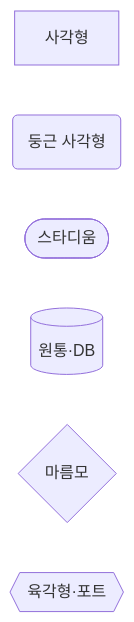
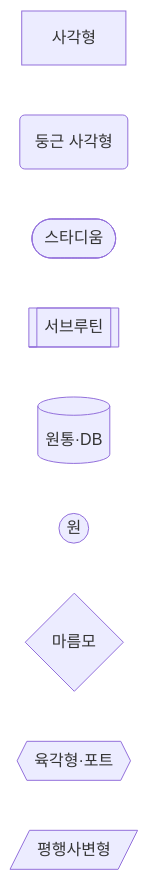
One commit to hirecore/hirecore-member-server changed diagram 11 of 12 in docs/diagram/MERMAID_CONCEPT.md. Above: the diagram before and after it, drawn with Mermaid. The commit also changed other lines of this file, not shown here.

Commit message:
docs: Mermaid 노드 모양 표의 구분 명확화 및 누락 도형 예제 추가

````diff
--- a/docs/diagram/MERMAID_CONCEPT.md
+++ b/docs/diagram/MERMAID_CONCEPT.md
@@ -224,9 +224,12 @@
 ```mermaid
 flowchart LR
     A[사각형]
     B(둥근 사각형)
     C([스타디움])
-    D[(원통·DB)]
-    E{마름모}
-    F{{육각형·포트}}
+    D[[서브루틴]]
+    E[(원통·DB)]
+    F((원))
+    G{마름모}
+    H{{육각형·포트}}
+    I[/평행사변형/]
 ```
````
